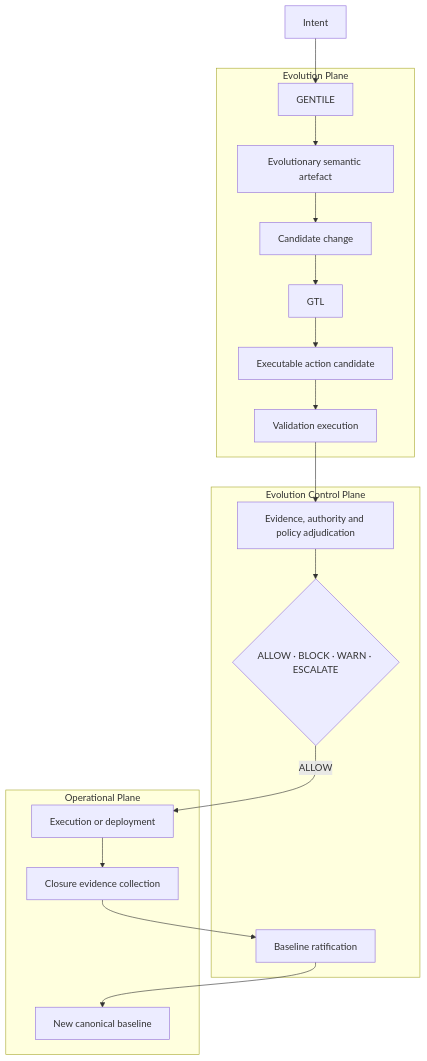
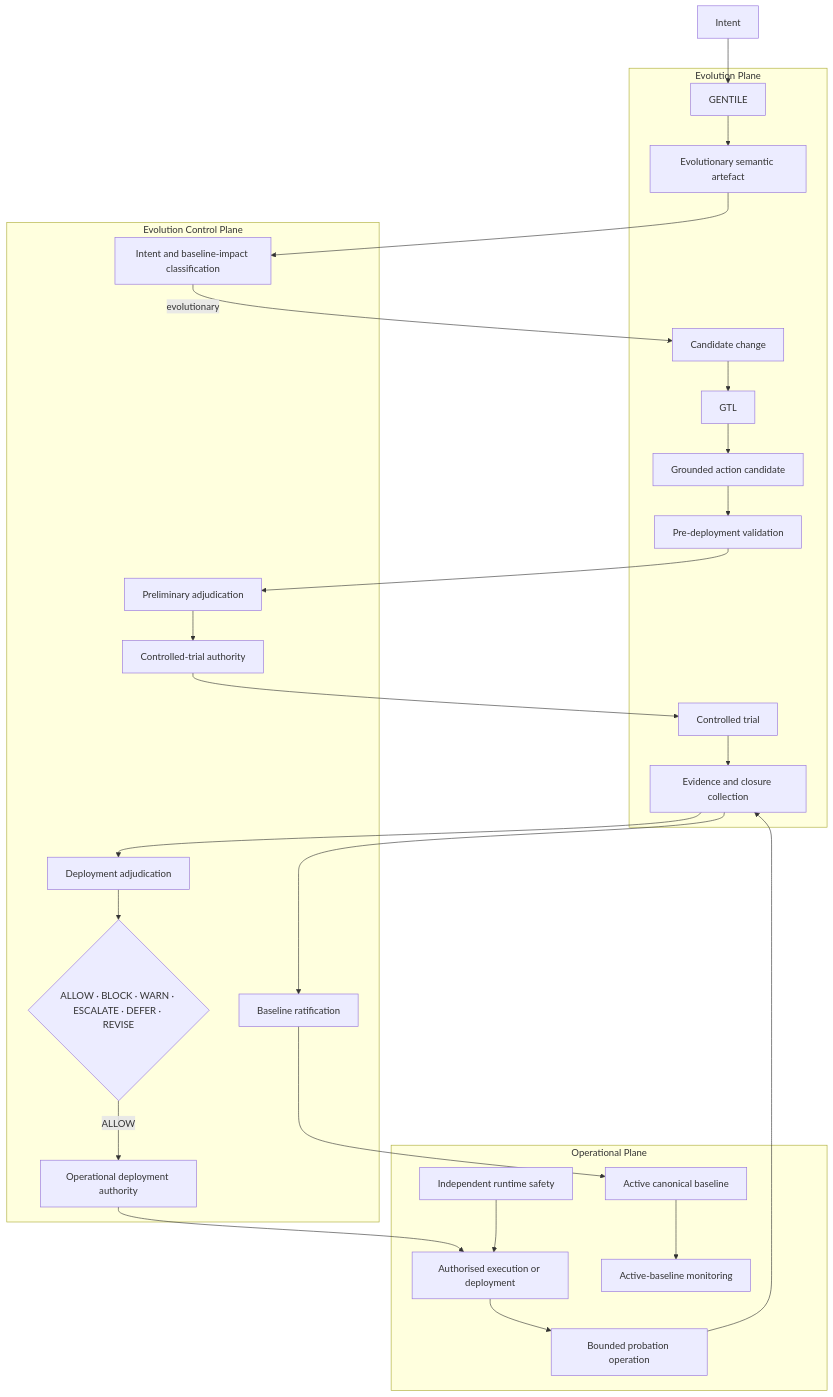
The second of 5 diagrams in architecture/08-gentile-gtl-integration.md (AmedeoPelliccia/AGES), drawn with Mermaid before and after one commit. The commit also changed other lines of this file, not shown here.

````diff
--- a/architecture/08-gentile-gtl-integration.md
+++ b/architecture/08-gentile-gtl-integration.md
@@ -73,38 +159,55 @@
 ```mermaid
 flowchart TB
     INT["Intent"]
 
     subgraph EP["Evolution Plane"]
         GEN["GENTILE"]
         SEM["Evolutionary semantic artefact"]
         CHG["Candidate change"]
         GTL["GTL"]
-        ACT["Executable action candidate"]
-        VAL["Validation execution"]
+        ACT["Grounded action candidate"]
+        PVAL["Pre-deployment validation"]
+        TRL["Controlled trial"]
+        EVC["Evidence and closure collection"]
     end
 
     subgraph CP["Evolution Control Plane"]
-        ADJ["Evidence, authority and policy adjudication"]
-        DEC{"ALLOW · BLOCK · WARN · ESCALATE"}
+        CLS["Intent and baseline-impact classification"]
+        PAJ["Preliminary adjudication"]
+        TAU["Controlled-trial authority"]
+        DAJ["Deployment adjudication"]
+        OAU["Operational deployment authority"]
+        DEC{"ALLOW · BLOCK · WARN · ESCALATE · DEFER · REVISE"}
         RAT["Baseline ratification"]
     end
 
     subgraph OP["Operational Plane"]
-        EXEC["Execution or deployment"]
-        CEV["Closure evidence collection"]
-        BASE["New canonical baseline"]
+        EXEC["Authorised execution or deployment"]
+        SAFE["Independent runtime safety"]
+        PROB["Bounded probation operation"]
+        BASE["Active canonical baseline"]
+        MON["Active-baseline monitoring"]
     end
 
     INT --> GEN
     GEN --> SEM
-    SEM --> CHG
+    SEM --> CLS
+    CLS -->|evolutionary| CHG
     CHG --> GTL
     GTL --> ACT
-    ACT --> VAL
-    VAL --> ADJ
-    ADJ --> DEC
-    DEC -->|ALLOW| EXEC
-    EXEC --> CEV
-    CEV --> RAT
+    ACT --> PVAL
+    PVAL --> PAJ
+    PAJ --> TAU
+    TAU --> TRL
+    TRL --> EVC
+    EVC --> DAJ
+    DAJ --> DEC
+    DEC -->|ALLOW| OAU
+    OAU --> EXEC
+    SAFE --> EXEC
+    EXEC --> PROB
+    PROB --> EVC
+    EVC --> RAT
     RAT --> BASE
+    BASE --> MON
 ```
````
